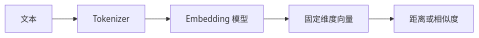
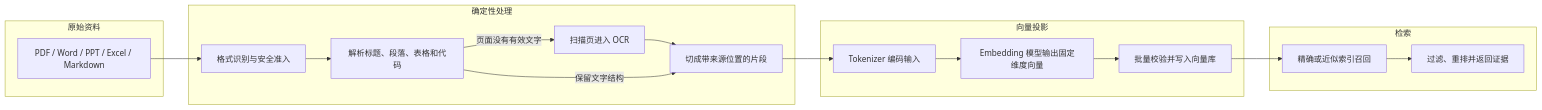
The diagram in docs/ai-agent/embedding-vector-space.md (upJiang/jiang-blog-vitepress), drawn with Mermaid before and after one commit. The commit also changed other lines of this file and 129 other files, not shown here.

````diff
--- a/docs/ai-agent/embedding-vector-space.md
+++ b/docs/ai-agent/embedding-vector-space.md
@@ -35,7 +27,25 @@
 ```mermaid
 flowchart LR
-  A[文本] --> B[Tokenizer]
-  B --> C[Embedding 模型]
-  C --> D[固定维度向量]
-  D --> E[距离或相似度]
+  subgraph Source[原始资料]
+    A[PDF / Word / PPT / Excel / Markdown]
+  end
+  subgraph Prepare[确定性处理]
+    B[格式识别与安全准入]
+    C[解析标题、段落、表格和代码]
+    D[扫描页进入 OCR]
+    E[切成带来源位置的片段]
+  end
+  subgraph Vector[向量投影]
+    F[Tokenizer 编码输入]
+    G[Embedding 模型输出固定维度向量]
+    H[批量校验并写入向量库]
+  end
+  subgraph Search[检索]
+    I[精确或近似索引召回]
+    J[过滤、重排并返回证据]
+  end
+  A --> B --> C
+  C -->|页面没有有效文字| D --> E
+  C -->|保留文字结构| E
+  E --> F --> G --> H --> I --> J
 ```
````
